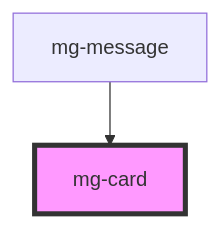
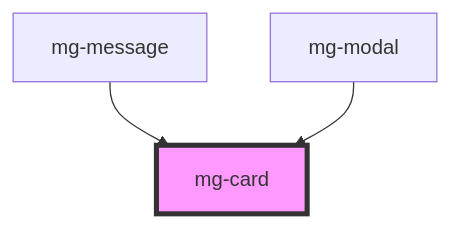
The diagram in src/components/atoms/mg-card/readme.md (MGDIS/mg-components), drawn with Mermaid before and after one commit. The commit also changed other lines of this file and 6 other files, not shown here.

First line of the commit message:
feat(mg-modal): use mg-card

````diff
--- a/src/components/atoms/mg-card/readme.md
+++ b/src/components/atoms/mg-card/readme.md
@@ -45,5 +46,6 @@
 ```mermaid
 graph TD;
   mg-message --> mg-card
+  mg-modal --> mg-card
   style mg-card fill:#f9f,stroke:#333,stroke-width:4px
 ```
````
